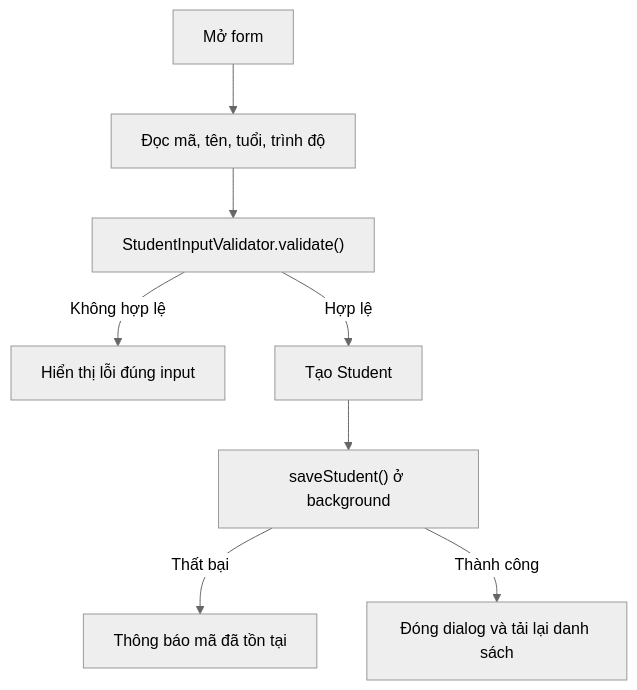
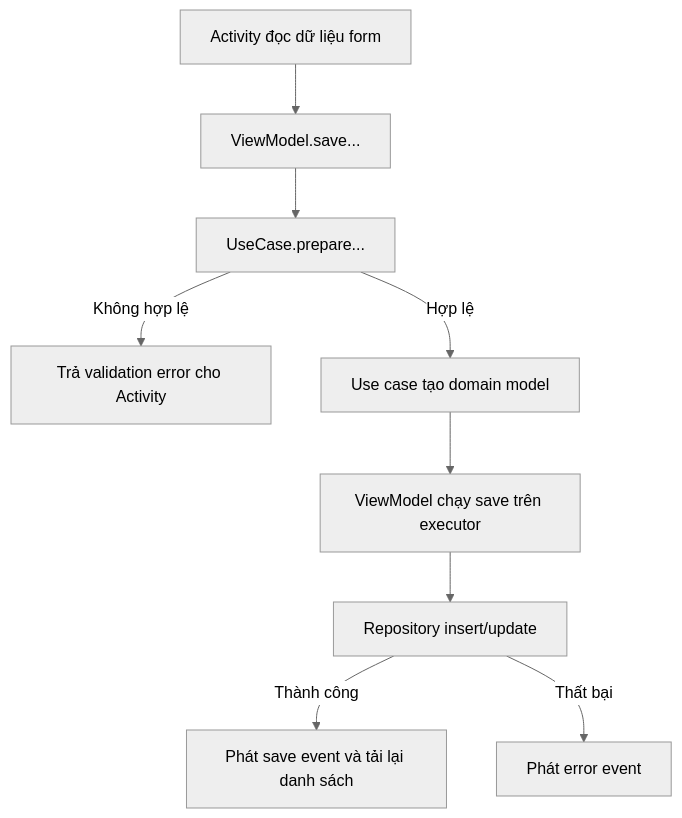
The fourth of 7 diagrams in KIEN_TRUC_VA_LUONG_HOAT_DONG.md (hngo120104/MobileAppAssignment), drawn with Mermaid (neutral theme) before and after one commit. The commit also changed other lines of this file and 67 other files, not shown here.

````diff
--- a/KIEN_TRUC_VA_LUONG_HOAT_DONG.md
+++ b/KIEN_TRUC_VA_LUONG_HOAT_DONG.md
@@ -231,10 +283,11 @@
 ```mermaid
 flowchart TD
-    Open["Mở form"] --> Read["Đọc mã, tên, tuổi, trình độ"]
-    Read --> Validate["StudentInputValidator.validate()"]
-    Validate -->|Không hợp lệ| FieldError["Hiển thị lỗi đúng input"]
-    Validate -->|Hợp lệ| Model["Tạo Student"]
-    Model --> Save["saveStudent() ở background"]
-    Save -->|Thất bại| Duplicate["Thông báo mã đã tồn tại"]
-    Save -->|Thành công| Reload["Đóng dialog và tải lại danh sách"]
+    Input["Activity đọc dữ liệu form"] --> Action["ViewModel.save..."]
+    Action --> Prepare["UseCase.prepare..."]
+    Prepare -->|Không hợp lệ| Error["Trả validation error cho Activity"]
+    Prepare -->|Hợp lệ| Entity["Use case tạo domain model"]
+    Entity --> Worker["ViewModel chạy save trên executor"]
+    Worker --> Repo["Repository insert/update"]
+    Repo -->|Thành công| Event["Phát save event và tải lại danh sách"]
+    Repo -->|Thất bại| Message["Phát error event"]
 ```
````
